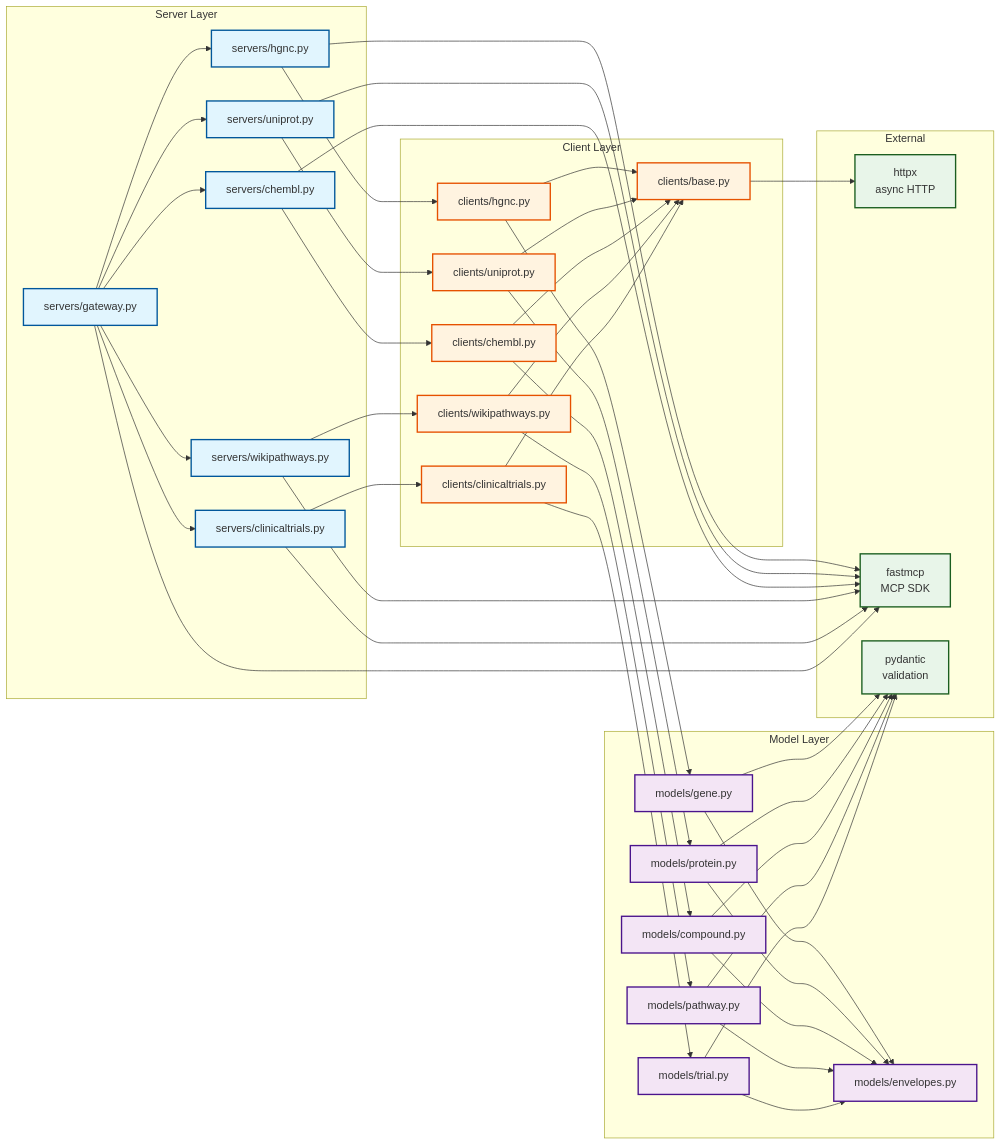
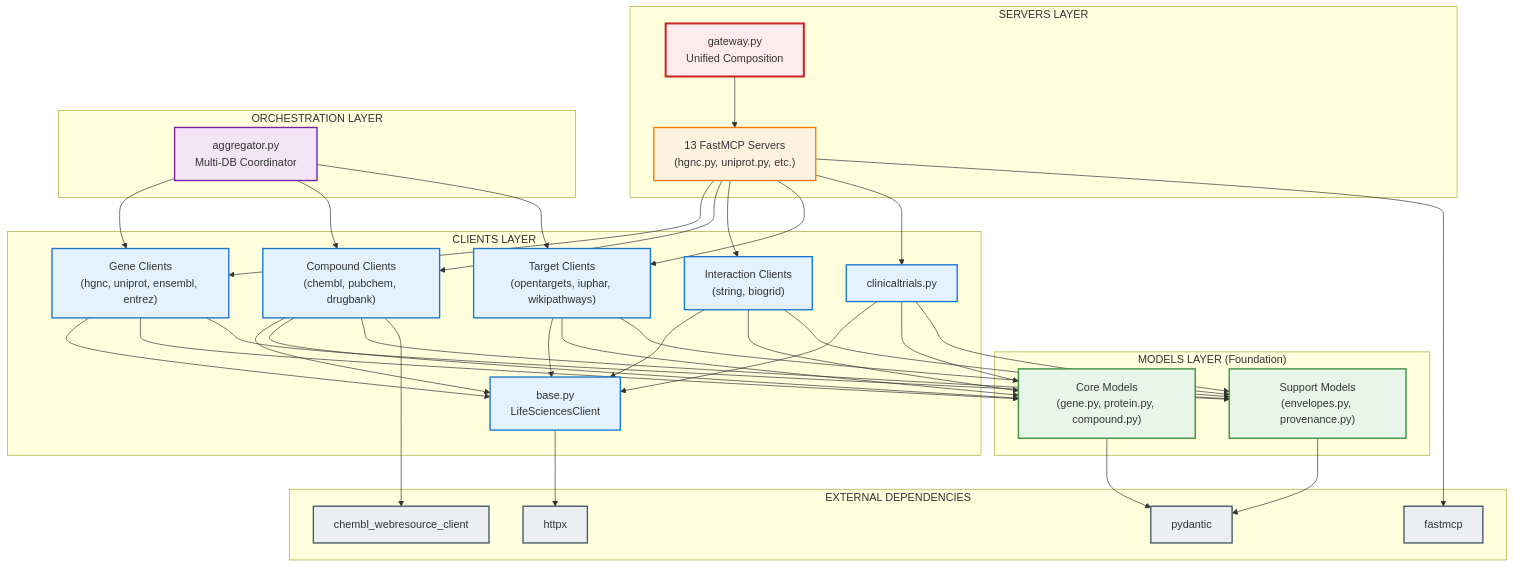
Before and after one commit to donbr/lifesciences-research: the fifth of 8 diagrams in architecture/diagrams/02_architecture_diagrams.md, drawn with Mermaid. The commit also changed other lines of this file and 8 other files, not shown here.

````diff
--- a/architecture/diagrams/02_architecture_diagrams.md
+++ b/architecture/diagrams/02_architecture_diagrams.md
@@ -458,65 +506,62 @@
 ```mermaid
-graph LR
-    subgraph "Server Layer"
-        SRV1[servers/hgnc.py]
-        SRV2[servers/uniprot.py]
-        SRV3[servers/chembl.py]
-        SRV4[servers/wikipathways.py]
-        SRV5[servers/clinicaltrials.py]
-        GATEWAY[servers/gateway.py]
+graph TB
+    %% Color Palette
+    classDef models fill:#E8F5E9,stroke:#388E3C,stroke-width:2px
+    classDef clients fill:#E3F2FD,stroke:#1976D2,stroke-width:2px
+    classDef servers fill:#FFF3E0,stroke:#F57C00,stroke-width:2px
+    classDef gateway fill:#FFEBEE,stroke:#C62828,stroke-width:3px
+    classDef agent fill:#F3E5F5,stroke:#7B1FA2,stroke-width:2px
+    classDef external fill:#ECEFF1,stroke:#455A64,stroke-width:2px
+
+    subgraph Models["MODELS LAYER (Foundation)"]
+        M_Core["Core Models<br/>(gene.py, protein.py, compound.py)"]:::models
+        M_Support["Support Models<br/>(envelopes.py, provenance.py)"]:::models
     end
 
-    subgraph "Client Layer"
-        CLI1[clients/hgnc.py]
-        CLI2[clients/uniprot.py]
-        CLI3[clients/chembl.py]
-        CLI4[clients/wikipathways.py]
-        CLI5[clients/clinicaltrials.py]
-        BASE[clients/base.py]
+    subgraph Clients["CLIENTS LAYER"]
+        C_Base[base.py<br/>LifeSciencesClient]:::clients
+        C_Gene["Gene Clients<br/>(hgnc, uniprot, ensembl, entrez)"]:::clients
+        C_Compound["Compound Clients<br/>(chembl, pubchem, drugbank)"]:::clients
+        C_Interaction["Interaction Clients<br/>(string, biogrid)"]:::clients
+        C_Target["Target Clients<br/>(opentargets, iuphar, wikipathways)"]:::clients
+        C_Clinical[clinicaltrials.py]:::clients
     end
 
-    subgraph "Model Layer"
-        MDL1[models/gene.py]
-        MDL2[models/protein.py]
-        MDL3[models/compound.py]
-        MDL4[models/pathway.py]
-        MDL5[models/trial.py]
-        ENV[models/envelopes.py]
+    subgraph Servers["SERVERS LAYER"]
+        S_Servers["13 FastMCP Servers<br/>(hgnc.py, uniprot.py, etc.)"]:::servers
+        S_GW[gateway.py<br/>Unified Composition]:::gateway
     end
 
-    subgraph "External"
-        HTTPX[httpx<br/>async HTTP]
-        FASTMCP[fastmcp<br/>MCP SDK]
-        PYDANTIC[pydantic<br/>validation]
+    subgraph Agent["ORCHESTRATION LAYER"]
+        A_Agg[aggregator.py<br/>Multi-DB Coordinator]:::agent
     end
 
-    SRV1 --> CLI1
-    SRV2 --> CLI2
-    SRV3 --> CLI3
-    SRV4 --> CLI4
-    SRV5 --> CLI5
-    GATEWAY --> SRV1 & SRV2 & SRV3 & SRV4 & SRV5
+    subgraph External["EXTERNAL DEPENDENCIES"]
+        Pydantic[pydantic]:::external
+        HTTPX[httpx]:::external
+        FastMCP[fastmcp]:::external
+        ChEMBL_SDK[chembl_webresource_client]:::external
+    end
 
-    CLI1 & CLI2 & CLI3 & CLI4 & CLI5 --> BASE
-    CLI1 --> MDL1
-    CLI2 --> MDL2
-    CLI3 --> MDL3
-    CLI4 --> MDL4
-    CLI5 --> MDL5
+    %% Dependencies
+    M_Core --> Pydantic
+    M_Support --> Pydantic
 
-    MDL1 & MDL2 & MDL3 & MDL4 & MDL5 --> ENV
-    MDL1 & MDL2 & MDL3 & MDL4 & MDL5 --> PYDANTIC
+    C_Base --> HTTPX
+    C_Gene & C_Compound & C_Interaction & C_Target & C_Clinical --> C_Base
+    C_Gene & C_Compound & C_Interaction & C_Target & C_Clinical --> M_Core
+    C_Gene & C_Compound & C_Interaction & C_Target & C_Clinical --> M_Support
+    C_Compound --> ChEMBL_SDK
 
-    BASE --> HTTPX
-    SRV1 & SRV2 & SRV3 & SRV4 & SRV5 & GATEWAY --> FASTMCP
+    S_Servers --> C_Gene
+    S_Servers --> C_Compound
+    S_Servers --> C_Interaction
+    S_Servers --> C_Target
+    S_Servers --> C_Clinical
+    S_Servers --> FastMCP
+    S_GW --> S_Servers
 
-    classDef server fill:#e1f5fe,stroke:#01579b,stroke-width:2px
-    classDef client fill:#fff3e0,stroke:#e65100,stroke-width:2px
-    classDef model fill:#f3e5f5,stroke:#4a148c,stroke-width:2px
-    classDef external fill:#e8f5e9,stroke:#1b5e20,stroke-width:2px
-
-    class SRV1,SRV2,SRV3,SRV4,SRV5,GATEWAY server
-    class CLI1,CLI2,CLI3,CLI4,CLI5,BASE client
-    class MDL1,MDL2,MDL3,MDL4,MDL5,ENV model
-    class HTTPX,FASTMCP,PYDANTIC external
+    A_Agg --> C_Gene
+    A_Agg --> C_Compound
+    A_Agg --> C_Target
 ```
````
